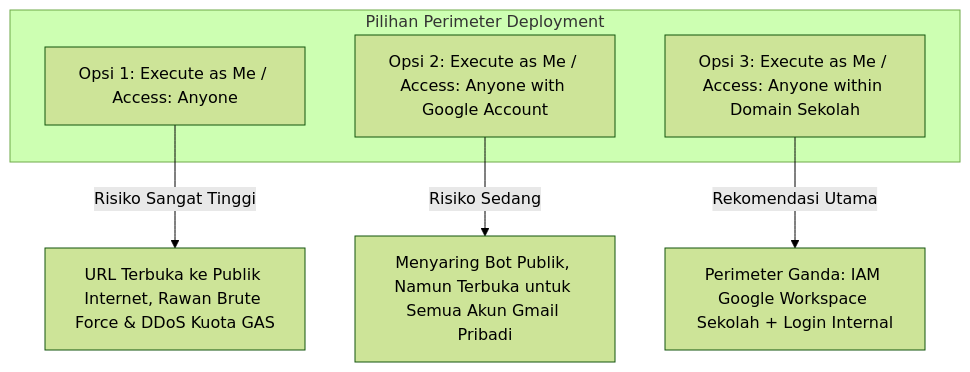
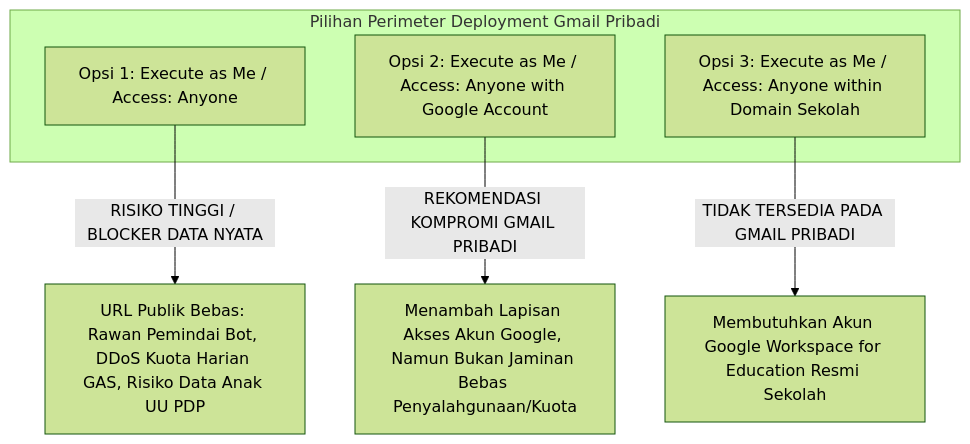
The third of 5 diagrams in .docs/.architecture.md (ryanea-exe/WebsiteAppScript-AbsensiPenilaianSiswaSD), drawn with Mermaid (forest theme) before and after one commit. The commit also changed other lines of this file and 7 other files, not shown here.

Commit message:
refactor: update architecture, database, gemini, prd, and tasks documentation alongside security benchmarks and setup scripts

````diff
--- a/.docs/.architecture.md
+++ b/.docs/.architecture.md
@@ -123,12 +163,12 @@
 ```mermaid
 graph TD
-    subgraph Pilihan Perimeter Deployment
+    subgraph Pilihan Perimeter Deployment Gmail Pribadi
         Opt1[Opsi 1: Execute as Me / Access: Anyone]
         Opt2[Opsi 2: Execute as Me / Access: Anyone with Google Account]
         Opt3[Opsi 3: Execute as Me / Access: Anyone within Domain Sekolah]
     end
 
-    Opt1 -->|Risiko Sangat Tinggi| Risk1[URL Terbuka ke Publik Internet, Rawan Brute Force & DDoS Kuota GAS]
-    Opt2 -->|Risiko Sedang| Risk2[Menyaring Bot Publik, Namun Terbuka untuk Semua Akun Gmail Pribadi]
-    Opt3 -->|Rekomendasi Utama| Safe3[Perimeter Ganda: IAM Google Workspace Sekolah + Login Internal]
+    Opt1 -->|RISIKO TINGGI / BLOCKER DATA NYATA| Risk1[URL Publik Bebas: Rawan Pemindai Bot, DDoS Kuota Harian GAS, Risiko Data Anak UU PDP]
+    Opt2 -->|REKOMENDASI KOMPROMI GMAIL PRIBADI| Risk2[Menambah Lapisan Akses Akun Google, Namun Bukan Jaminan Bebas Penyalahgunaan/Kuota]
+    Opt3 -->|TIDAK TERSEDIA PADA GMAIL PRIBADI| Safe3[Membutuhkan Akun Google Workspace for Education Resmi Sekolah]
 ```
````
